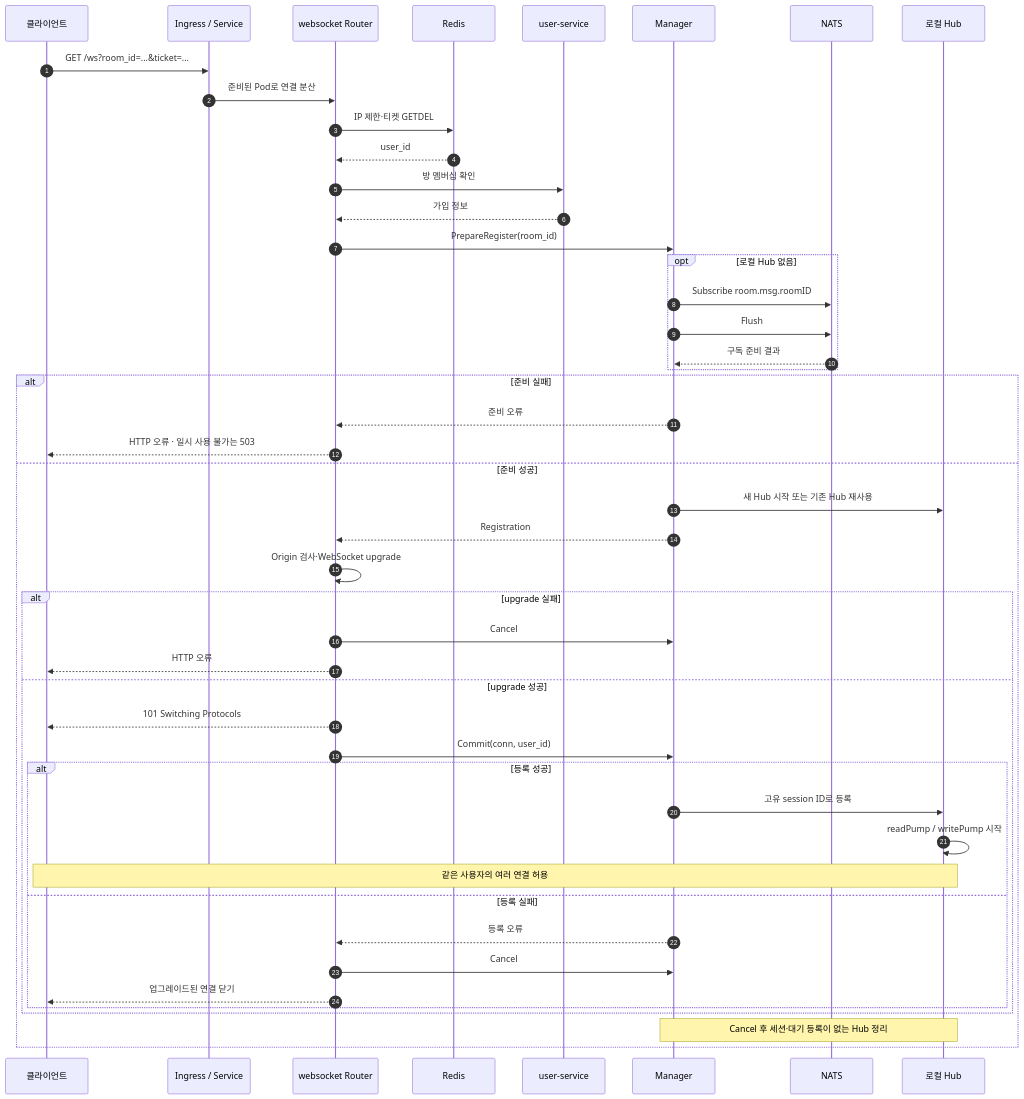
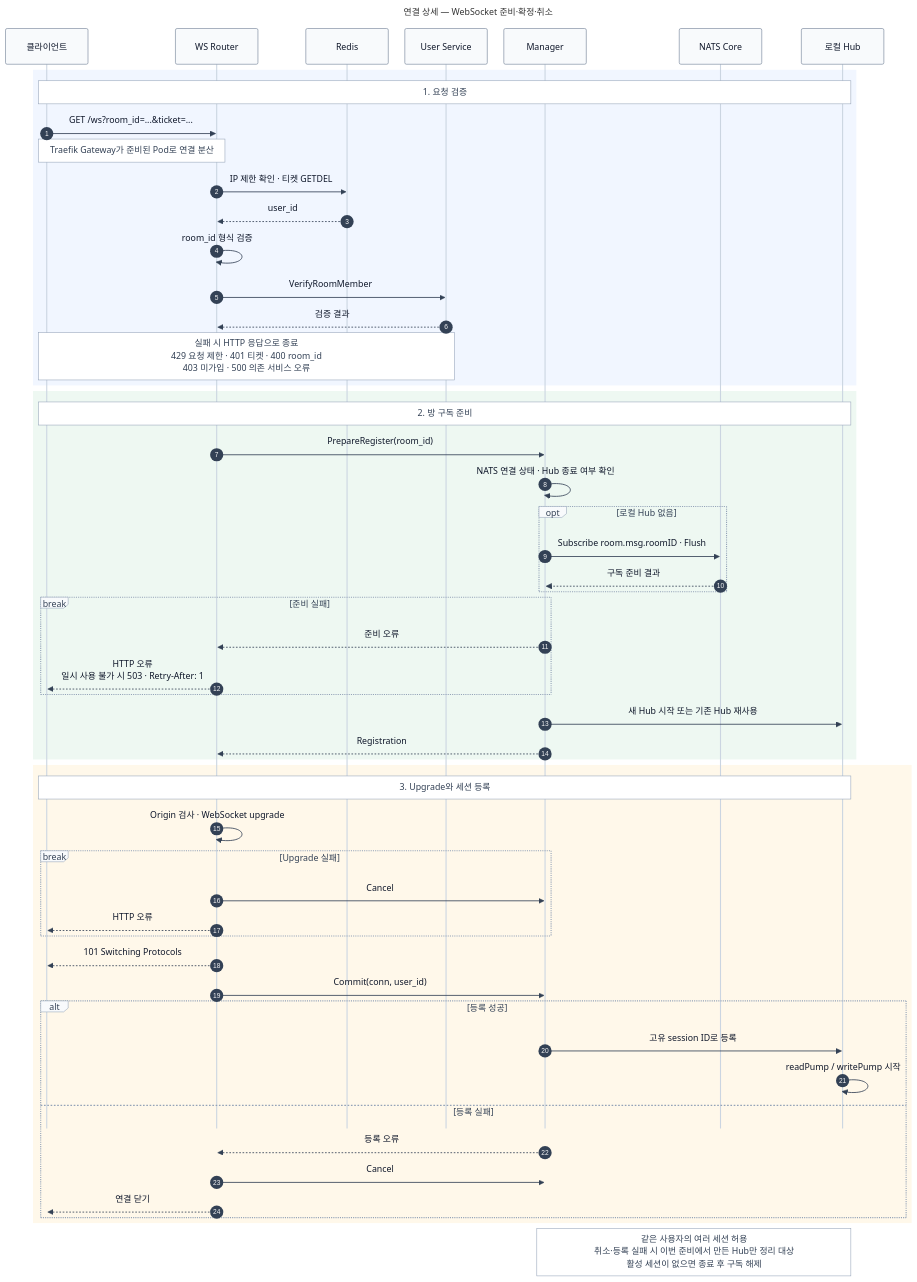
The diagram in docs/diagrams/seq-websocket.mmd (happyhun/go-chat-msa), drawn with Mermaid before and after one commit. The commit also changed 5 other files, not shown here.

Commit message:
docs: 다이어그램 최신화

```diff
--- a/docs/diagrams/seq-websocket.mmd
+++ b/docs/diagrams/seq-websocket.mmd
@@ -1,48 +1,80 @@
+---
+title: 연결 상세 — WebSocket 준비·확정·취소
+config:
+  theme: base
+  themeVariables:
+    actorBkg: '#f8fafc'
+    actorBorder: '#64748b'
+    actorTextColor: '#0f172a'
+    actorLineColor: '#cbd5e1'
+    signalColor: '#334155'
+    signalTextColor: '#0f172a'
+    noteBkgColor: '#ffffff'
+    noteBorderColor: '#94a3b8'
+    noteTextColor: '#334155'
+    labelBoxBkgColor: '#f8fafc'
+    labelBoxBorderColor: '#94a3b8'
+    labelTextColor: '#334155'
+    loopTextColor: '#334155'
+  sequence:
+    mirrorActors: false
+    actorMargin: 30
+    messageMargin: 25
+---
 sequenceDiagram
     autonumber
     participant C as 클라이언트
-    participant I as Ingress / Service
-    participant R as websocket Router
+    participant R as WS Router
     participant Redis as Redis
-    participant U as user-service
+    participant U as User Service
     participant M as Manager
-    participant N as NATS
+    participant N as NATS Core
     participant H as 로컬 Hub
 
-    C->>I: GET /ws?room_id=...&ticket=...
-    I->>R: 준비된 Pod로 연결 분산
-    R->>Redis: IP 제한·티켓 GETDEL
-    Redis-->>R: user_id
-    R->>U: 방 멤버십 확인
-    U-->>R: 가입 정보
-    R->>M: PrepareRegister(room_id)
-    opt 로컬 Hub 없음
-        M->>N: Subscribe room.msg.roomID
-        M->>N: Flush
-        N-->>M: 구독 준비 결과
+    rect rgb(241, 246, 255)
+        Note over C,H: 1. 요청 검증
+        C->>R: GET /ws?room_id=...&ticket=...
+        Note over C,R: Traefik Gateway가 준비된 Pod로 연결 분산
+        R->>Redis: IP 제한 확인 · 티켓 GETDEL
+        Redis-->>R: user_id
+        R->>R: room_id 형식 검증
+        R->>U: VerifyRoomMember
+        U-->>R: 검증 결과
+        Note over C,U: 실패 시 HTTP 응답으로 종료<br/>429 요청 제한 · 401 티켓 · 400 room_id<br/>403 미가입 · 500 의존 서비스 오류
     end
-    alt 준비 실패
-        M-->>R: 준비 오류
-        R-->>C: HTTP 오류 · 일시 사용 불가는 503
-    else 준비 성공
+
+    rect rgb(238, 248, 242)
+        Note over C,H: 2. 방 구독 준비
+        R->>M: PrepareRegister(room_id)
+        M->>M: NATS 연결 상태 · Hub 종료 여부 확인
+        opt 로컬 Hub 없음
+            M->>N: Subscribe room.msg.roomID · Flush
+            N-->>M: 구독 준비 결과
+        end
+        break 준비 실패
+            M-->>R: 준비 오류
+            R-->>C: HTTP 오류<br/>일시 사용 불가 시 503 · Retry-After: 1
+        end
         M->>H: 새 Hub 시작 또는 기존 Hub 재사용
         M-->>R: Registration
-        R->>R: Origin 검사·WebSocket upgrade
-        alt upgrade 실패
+    end
+
+    rect rgb(255, 248, 234)
+        Note over C,H: 3. Upgrade와 세션 등록
+        R->>R: Origin 검사 · WebSocket upgrade
+        break Upgrade 실패
             R->>M: Cancel
             R-->>C: HTTP 오류
-        else upgrade 성공
-            R-->>C: 101 Switching Protocols
-            R->>M: Commit(conn, user_id)
-            alt 등록 성공
-                M->>H: 고유 session ID로 등록
-                H->>H: readPump / writePump 시작
-                Note over C,H: 같은 사용자의 여러 연결 허용
-            else 등록 실패
-                M-->>R: 등록 오류
-                R->>M: Cancel
-                R-->>C: 업그레이드된 연결 닫기
-            end
         end
-        Note over M,H: Cancel 후 세션·대기 등록이 없는 Hub 정리
+        R-->>C: 101 Switching Protocols
+        R->>M: Commit(conn, user_id)
+        alt 등록 성공
+            M->>H: 고유 session ID로 등록
+            H->>H: readPump / writePump 시작
+        else 등록 실패
+            M-->>R: 등록 오류
+            R->>M: Cancel
+            R-->>C: 연결 닫기
+        end
     end
+    Note over M,H: 같은 사용자의 여러 세션 허용<br/>취소·등록 실패 시 이번 준비에서 만든 Hub만 정리 대상<br/>활성 세션이 없으면 종료 후 구독 해제
```
